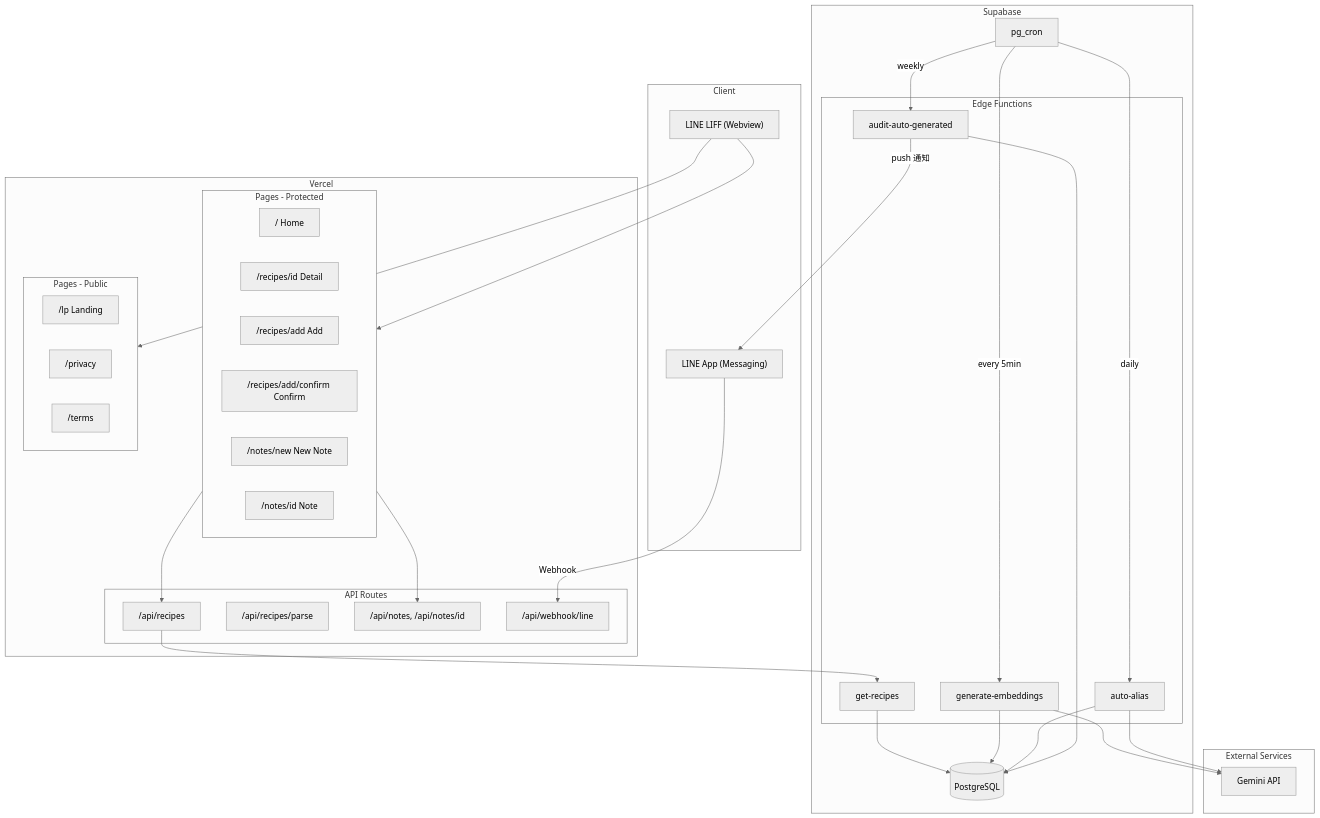
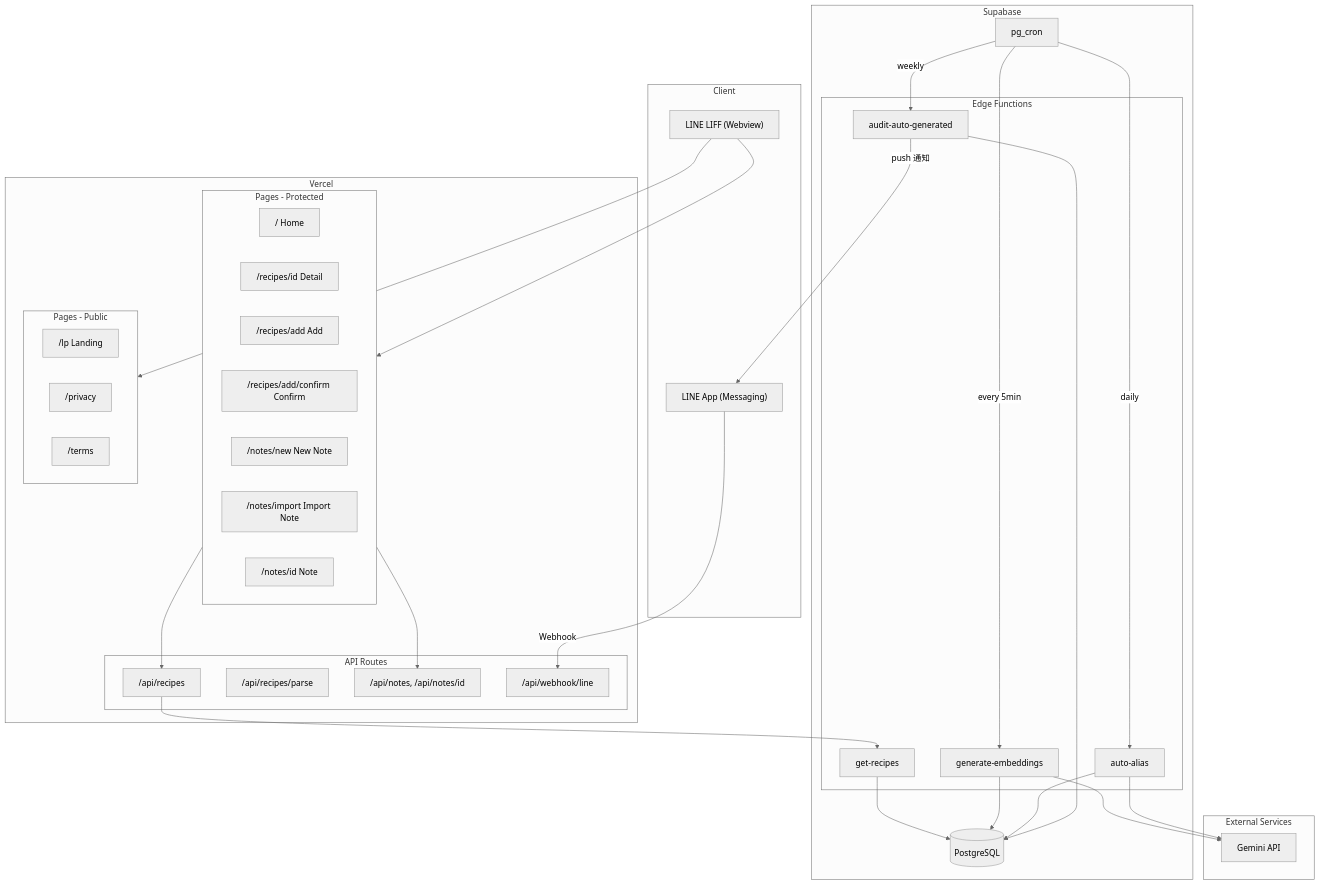
Before and after one commit to mktu/recipe-app: the first of 13 diagrams in docs/ARCHITECTURE.md, drawn with Mermaid (neutral theme). The commit also changed other lines of this file and 11 other files, not shown here.

````diff
--- a/docs/ARCHITECTURE.md
+++ b/docs/ARCHITECTURE.md
@@ -146,68 +146,69 @@
 ```mermaid
 graph TB
     subgraph Client["Client"]
         LIFF["LINE LIFF (Webview)"]
         LINEApp["LINE App (Messaging)"]
     end
 
     subgraph Vercel["Vercel"]
         subgraph Pages["Pages - Protected"]
             Home["/ Home"]
             Detail["/recipes/id Detail"]
             Add["/recipes/add Add"]
             Confirm["/recipes/add/confirm Confirm"]
             NewNote["/notes/new New Note"]
+            ImportNote["/notes/import Import Note"]
             Note["/notes/id Note"]
         end
 
         subgraph Public["Pages - Public"]
             LP["/lp Landing"]
             Privacy["/privacy"]
             Terms["/terms"]
         end
 
         subgraph APIRoutes["API Routes"]
             RecipeAPI["/api/recipes"]
             ParseAPI["/api/recipes/parse"]
             NoteAPI["/api/notes, /api/notes/id"]
             WebhookAPI["/api/webhook/line"]
         end
     end
 
     subgraph Supabase["Supabase"]
         DB[("PostgreSQL")]
 
         subgraph EdgeFunctions["Edge Functions"]
             GetRecipes["get-recipes"]
             GenEmbed["generate-embeddings"]
             AutoAlias["auto-alias"]
             Audit["audit-auto-generated"]
         end
 
         Cron["pg_cron"]
     end
 
     subgraph External["External Services"]
         Gemini["Gemini API"]
     end
 
     LIFF --> Pages
     LIFF --> Public
     LINEApp -->|Webhook| WebhookAPI
 
     Pages --> RecipeAPI
     Pages --> NoteAPI
     RecipeAPI --> GetRecipes
 
     GetRecipes --> DB
     GenEmbed --> DB
     GenEmbed --> Gemini
     AutoAlias --> DB
     AutoAlias --> Gemini
     Audit --> DB
     Audit -->|push 通知| LINEApp
 
     Cron -->|every 5min| GenEmbed
     Cron -->|daily| AutoAlias
     Cron -->|weekly| Audit
 ```
````
